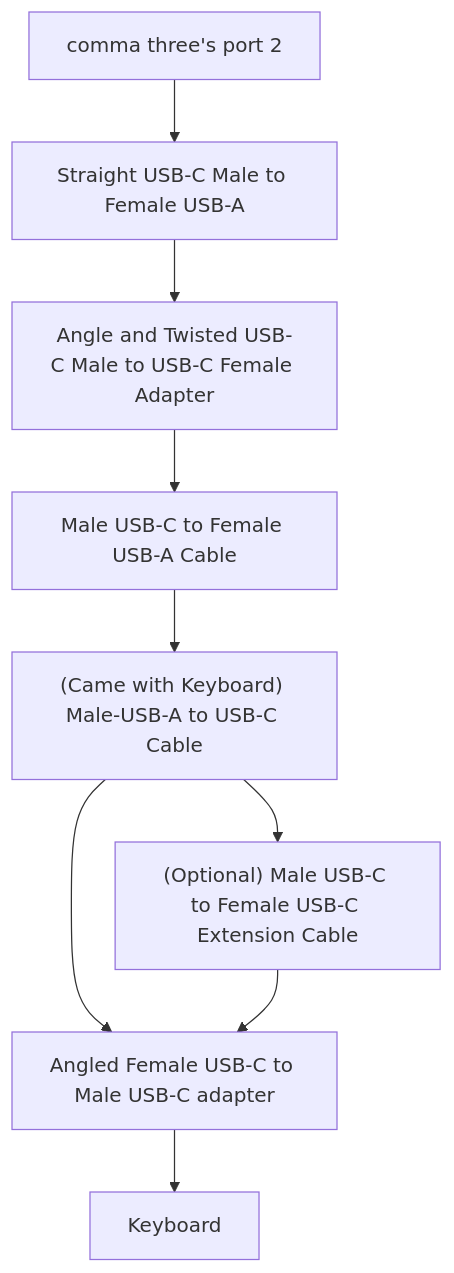
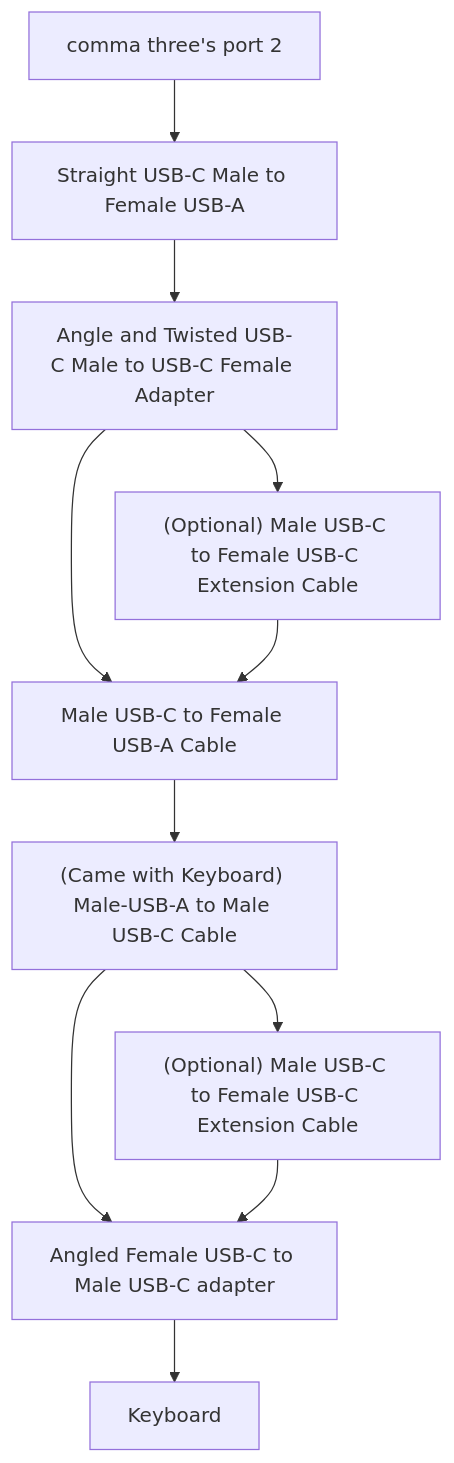
Before and after one commit to nelsonjchen/c3-faux-touch-keyboard: the diagram in README.md, drawn with Mermaid.

Commit message:
Update README.md with more descriptive port name in installation diagram and fix formatting

````diff
--- a/README.md
+++ b/README.md
@@ -204,13 +204,15 @@
 ```mermaid
 graph TD
     A[comma three's port 2] --> B
     B[Straight USB-C Male to Female USB-A] --> C
     C[Angle and Twisted USB-C Male to USB-C Female Adapter] --> D
     D[Male USB-C to Female USB-A Cable] --> E
-    E["(Came with Keyboard) Male-USB-A to USB-C Cable"] --> F
+    E["(Came with Keyboard) Male-USB-A to Male USB-C Cable"] --> F
     F[Angled Female USB-C to Male USB-C adapter] --> G
     E --> H
     H["(Optional) Male USB-C to Female USB-C Extension Cable"] --> F
+    C --> I
+    I["(Optional) Male USB-C to Female USB-C Extension Cable"] --> D
     G[Keyboard]
 
 ```
````
